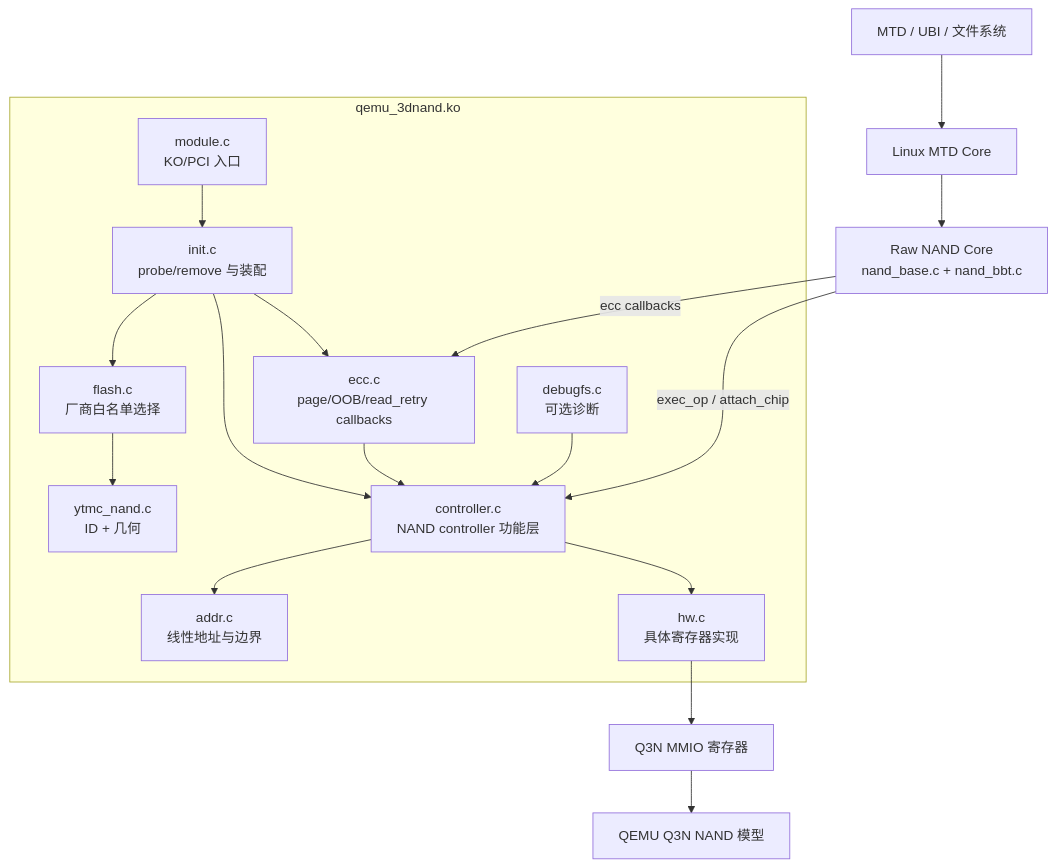
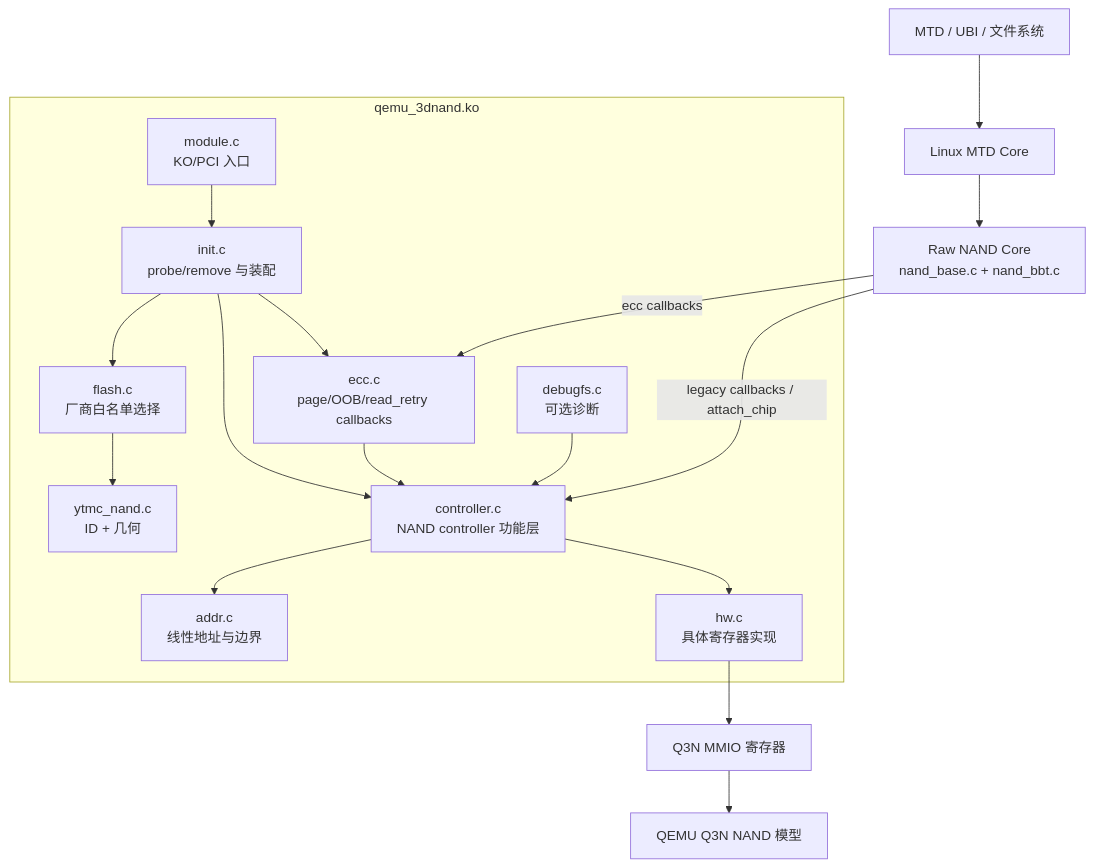
One commit to avenstar65/3dnand_test changed the second of 10 diagrams in docs/superpowers/specs/2026-07-28-q3n-nand-core-ecc-read-retry-design.md. Above: the diagram before and after it, drawn with Mermaid. The commit also changed other lines of this file and 5 other files, not shown here.

````diff
--- a/docs/superpowers/specs/2026-07-28-q3n-nand-core-ecc-read-retry-design.md
+++ b/docs/superpowers/specs/2026-07-28-q3n-nand-core-ecc-read-retry-design.md
@@ -458,32 +459,32 @@
 ```mermaid
 flowchart TD
     U["MTD / UBI / 文件系统"] --> M["Linux MTD Core"]
     M --> N["Raw NAND Core<br/>nand_base.c + nand_bbt.c"]
 
     subgraph KO["qemu_3dnand.ko"]
         MOD["module.c<br/>KO/PCI 入口"]
         INIT["init.c<br/>probe/remove 与装配"]
         FLASH["flash.c<br/>厂商白名单选择"]
         YTMC["ytmc_nand.c<br/>ID + 几何"]
         ECC["ecc.c<br/>page/OOB/read_retry callbacks"]
         CTRL["controller.c<br/>NAND controller 功能层"]
         ADDR["addr.c<br/>线性地址与边界"]
         HW["hw.c<br/>具体寄存器实现"]
         DBG["debugfs.c<br/>可选诊断"]
 
         MOD --> INIT
         INIT --> FLASH
         FLASH --> YTMC
         INIT --> CTRL
         INIT --> ECC
         ECC --> CTRL
         CTRL --> ADDR
         CTRL --> HW
         DBG --> CTRL
     end
 
-    N -->|"exec_op / attach_chip"| CTRL
+    N -->|"legacy callbacks / attach_chip"| CTRL
     N -->|"ecc callbacks"| ECC
     HW --> REG["Q3N MMIO 寄存器"]
     REG --> QEMU["QEMU Q3N NAND 模型"]
 ```
````
